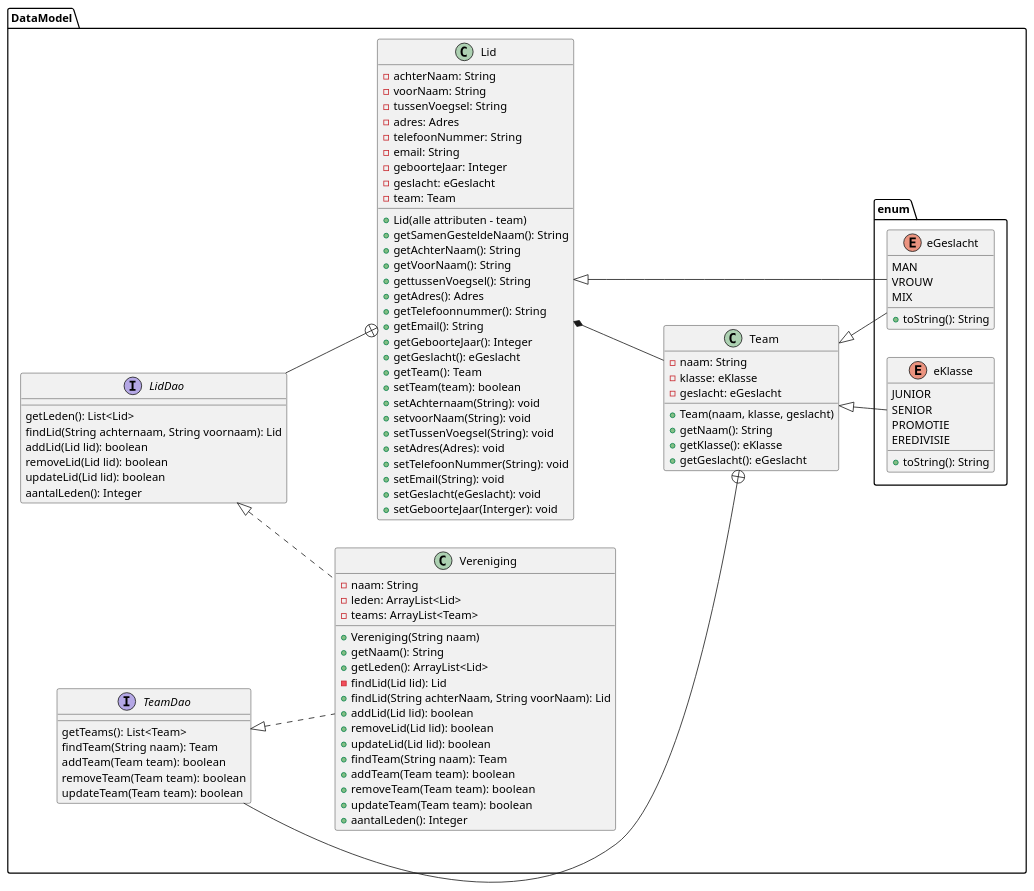
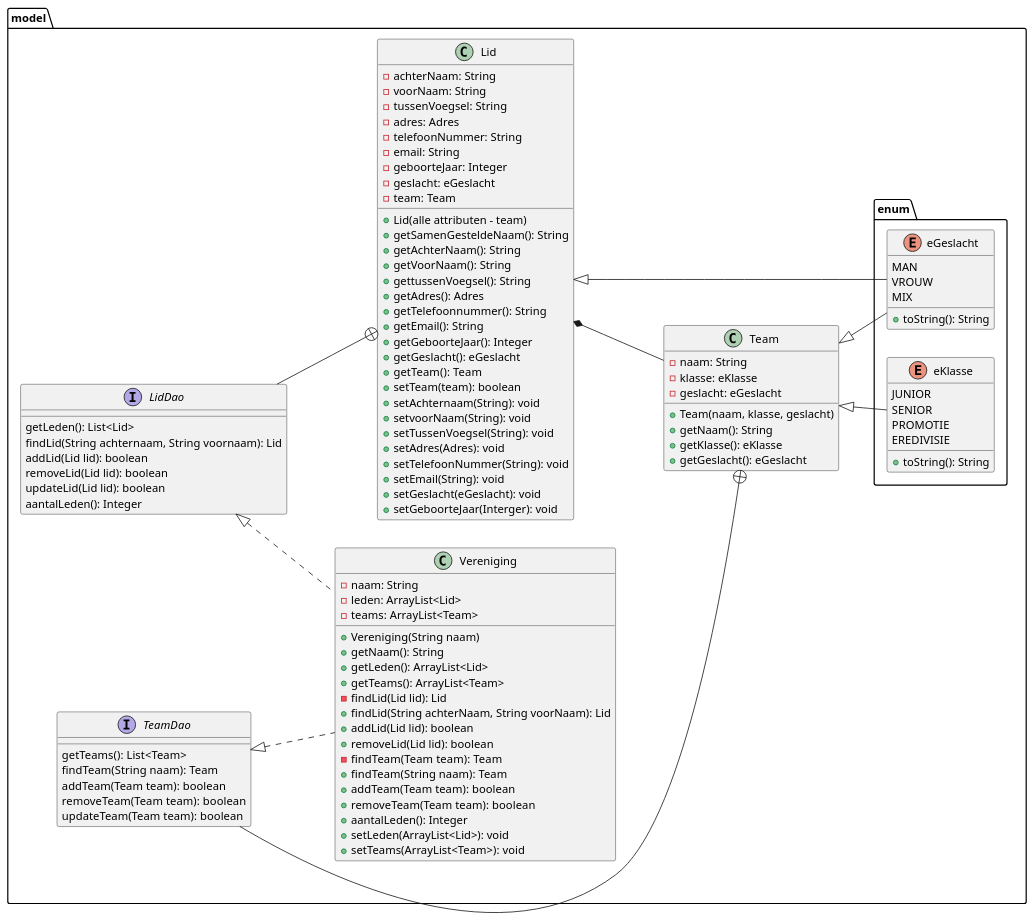
The diagram in Docs/Zovoc-Leden-Beheer-KlasseDiagram.puml (kaasszje/Zovoc-Leden-Beheer), drawn with PlantUML before and after one commit. The commit also changed 3 other files, not shown here.

Commit message:
Abstract class ModelHandler gemaakt. Diverse aanpassingen in klasse diagram

```diff
--- a/Docs/Zovoc-Leden-Beheer-KlasseDiagram.puml
+++ b/Docs/Zovoc-Leden-Beheer-KlasseDiagram.puml
@@ -1,111 +1,113 @@
 @startuml
 'https://plantuml.com/class-diagram
 '!theme materia
 left to right direction
-package DataModel {
+package model {
 class Vereniging implements LidDao, TeamDao{
     -naam: String
     -leden: ArrayList<Lid>
     -teams: ArrayList<Team>
     +Vereniging(String naam)
     +getNaam(): String
     +getLeden(): ArrayList<Lid>
+    +getTeams(): ArrayList<Team>
     -findLid(Lid lid): Lid
     +findLid(String achterNaam, String voorNaam): Lid
     +addLid(Lid lid): boolean
     +removeLid(Lid lid): boolean
-    +updateLid(Lid lid): boolean
+    -findTeam(Team team): Team
     +findTeam(String naam): Team
     +addTeam(Team team): boolean
     +removeTeam(Team team): boolean
-    +updateTeam(Team team): boolean
     +aantalLeden(): Integer
+    +setLeden(ArrayList<Lid>): void
+    +setTeams(ArrayList<Team>): void
 }
 
 class Lid {
     -achterNaam: String
     -voorNaam: String
     -tussenVoegsel: String
     -adres: Adres
     -telefoonNummer: String
     -email: String
     -geboorteJaar: Integer
     -geslacht: eGeslacht
     -team: Team
     +Lid(alle attributen - team)
     +getSamenGesteldeNaam(): String
     +getAchterNaam(): String
     +getVoorNaam(): String
     +gettussenVoegsel(): String
     +getAdres(): Adres
     +getTelefoonnummer(): String
     +getEmail(): String
     +getGeboorteJaar(): Integer
     +getGeslacht(): eGeslacht
     +getTeam(): Team
     +setTeam(team): boolean
     +setAchternaam(String): void
     +setvoorNaam(String): void
     +setTussenVoegsel(String): void
     +setAdres(Adres): void
     +setTelefoonNummer(String): void
     +setEmail(String): void
     +setGeslacht(eGeslacht): void
     +setGeboorteJaar(Interger): void
 }
 
 interface LidDao {
         getLeden(): List<Lid>
         findLid(String achternaam, String voornaam): Lid
         addLid(Lid lid): boolean
         removeLid(Lid lid): boolean
         updateLid(Lid lid): boolean
         aantalLeden(): Integer
 }
 
 class Team {
     -naam: String
     -klasse: eKlasse
     -geslacht: eGeslacht
     +Team(naam, klasse, geslacht)
     +getNaam(): String
     +getKlasse(): eKlasse
     +getGeslacht(): eGeslacht
 }
 
 interface TeamDao {
     getTeams(): List<Team>
     findTeam(String naam): Team
     addTeam(Team team): boolean
     removeTeam(Team team): boolean
     updateTeam(Team team): boolean
 }
 
 package enum {
     enum eGeslacht {
         MAN
         VROUW
         MIX
         +toString(): String
     }
 
 
     enum eKlasse {
           JUNIOR
         SENIOR
         PROMOTIE
         EREDIVISIE
         +toString(): String
     }
 
 }
 }
 
 Team <|- eKlasse
 Team <|-- eGeslacht
 Lid <|- eGeslacht
 Lid  *-- Team
 LidDao --+ Lid
 TeamDao --+ Team
 
 @enduml
```
